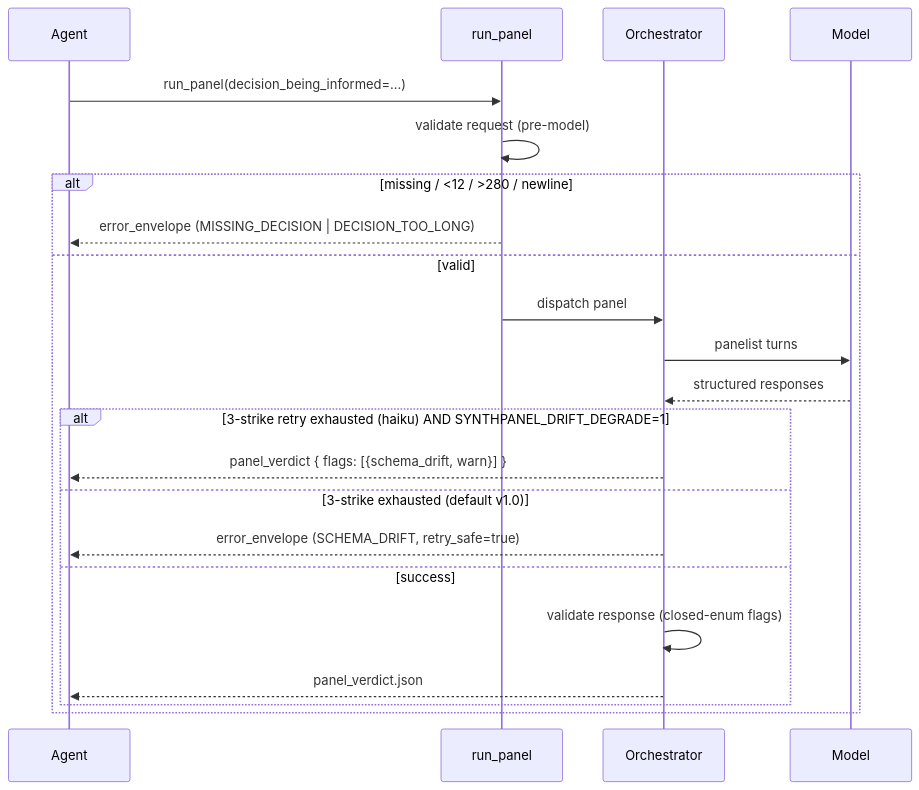
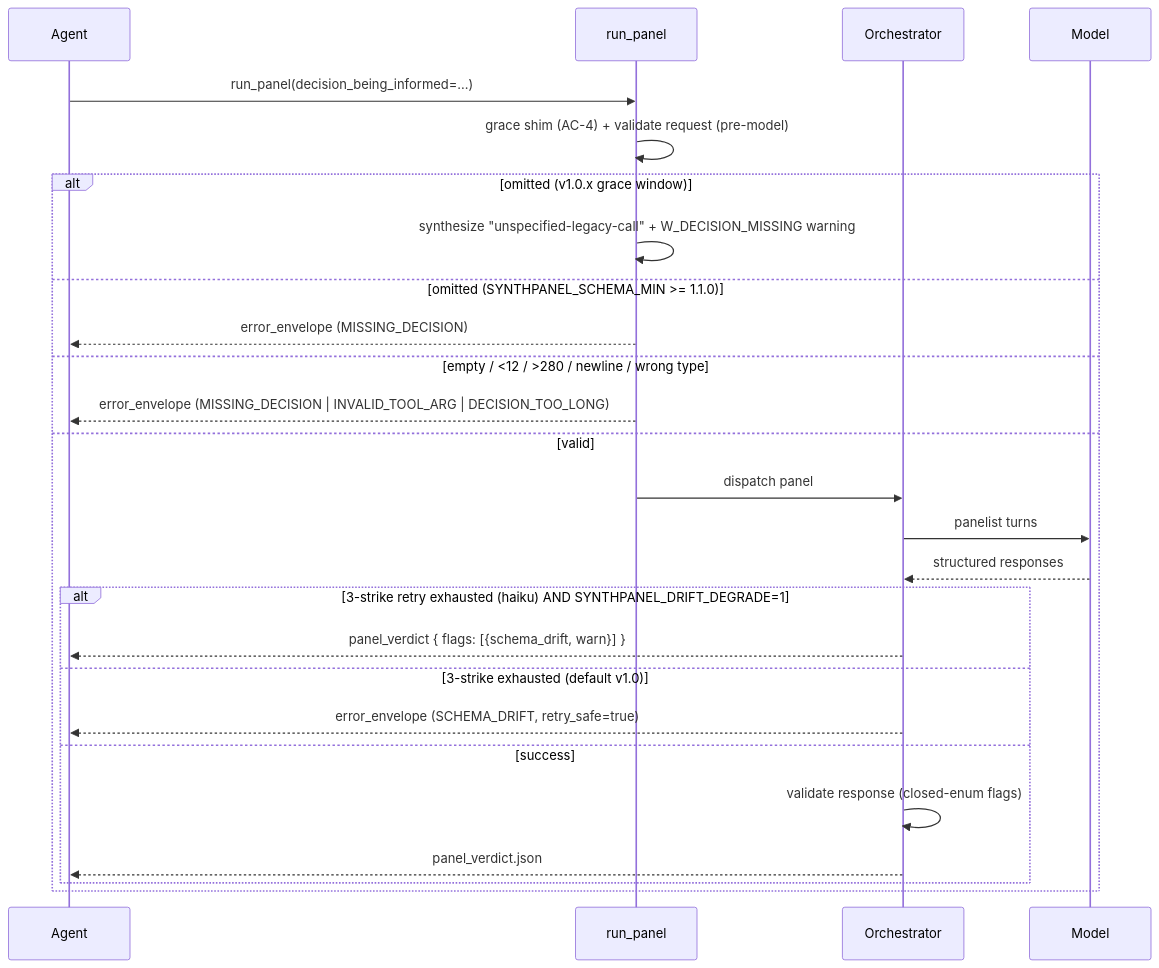
One commit to DataViking-Tech/SynthPanel changed the diagram in docs/response-contract.md. Above: the diagram before and after it, drawn with Mermaid. The commit also changed other lines of this file and 13 other files, not shown here.

````diff
--- a/docs/response-contract.md
+++ b/docs/response-contract.md
@@ -13,25 +13,29 @@
 ```mermaid
 sequenceDiagram
     participant Agent
     participant SynthPanel as run_panel
     participant Orchestrator
     participant Model
 
     Agent->>SynthPanel: run_panel(decision_being_informed=...)
-    SynthPanel->>SynthPanel: validate request (pre-model)
-    alt missing / <12 / >280 / newline
-        SynthPanel-->>Agent: error_envelope (MISSING_DECISION | DECISION_TOO_LONG)
+    SynthPanel->>SynthPanel: grace shim (AC-4) + validate request (pre-model)
+    alt omitted (v1.0.x grace window)
+        SynthPanel->>SynthPanel: synthesize "unspecified-legacy-call" + W_DECISION_MISSING warning
+    else omitted (SYNTHPANEL_SCHEMA_MIN >= 1.1.0)
+        SynthPanel-->>Agent: error_envelope (MISSING_DECISION)
+    else empty / <12 / >280 / newline / wrong type
+        SynthPanel-->>Agent: error_envelope (MISSING_DECISION | INVALID_TOOL_ARG | DECISION_TOO_LONG)
     else valid
         SynthPanel->>Orchestrator: dispatch panel
         Orchestrator->>Model: panelist turns
         Model-->>Orchestrator: structured responses
         alt 3-strike retry exhausted (haiku) AND SYNTHPANEL_DRIFT_DEGRADE=1
             Orchestrator-->>Agent: panel_verdict { flags: [{schema_drift, warn}] }
         else 3-strike exhausted (default v1.0)
             Orchestrator-->>Agent: error_envelope (SCHEMA_DRIFT, retry_safe=true)
         else success
             Orchestrator->>Orchestrator: validate response (closed-enum flags)
             Orchestrator-->>Agent: panel_verdict.json
         end
     end
 ```
````
